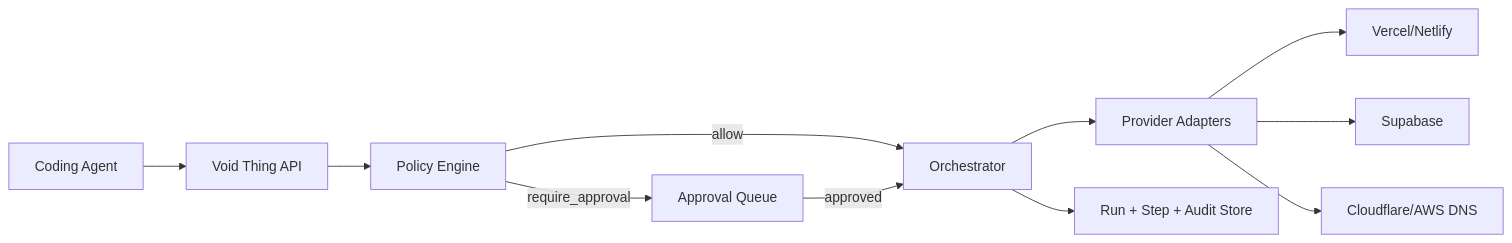
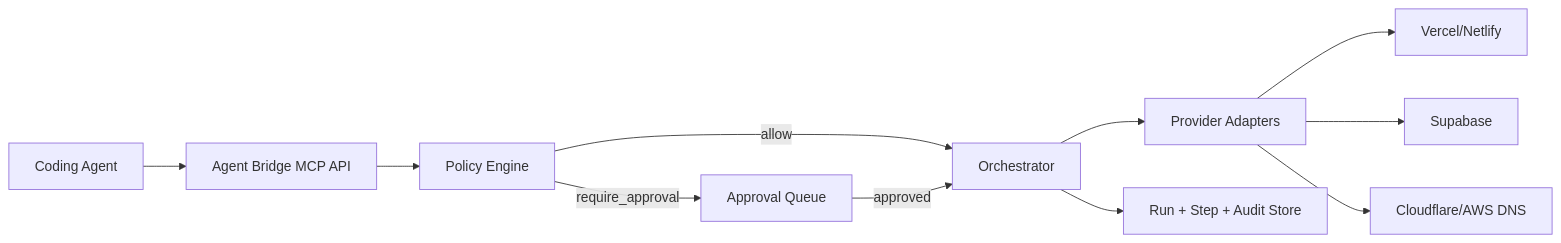
Before and after one commit to aashwindev/void-thing: the diagram in README.md, drawn with Mermaid. The commit also changed other lines of this file and 2 other files, not shown here.

Commit message:
docs: rename project to Agent Bridge MCP and make README judge-facing

````diff
--- a/README.md
+++ b/README.md
@@ -60,13 +60,13 @@
 ```mermaid
 flowchart LR
-  A["Coding Agent"] --> B["Void Thing API"]
+  A["Coding Agent"] --> B["Agent Bridge MCP API"]
   B --> C["Policy Engine"]
   C -->|"allow"| D["Orchestrator"]
   C -->|"require_approval"| E["Approval Queue"]
   E -->|"approved"| D
   D --> F["Provider Adapters"]
   F --> G["Vercel/Netlify"]
   F --> H["Supabase"]
   F --> I["Cloudflare/AWS DNS"]
   D --> J["Run + Step + Audit Store"]
 ```
````
